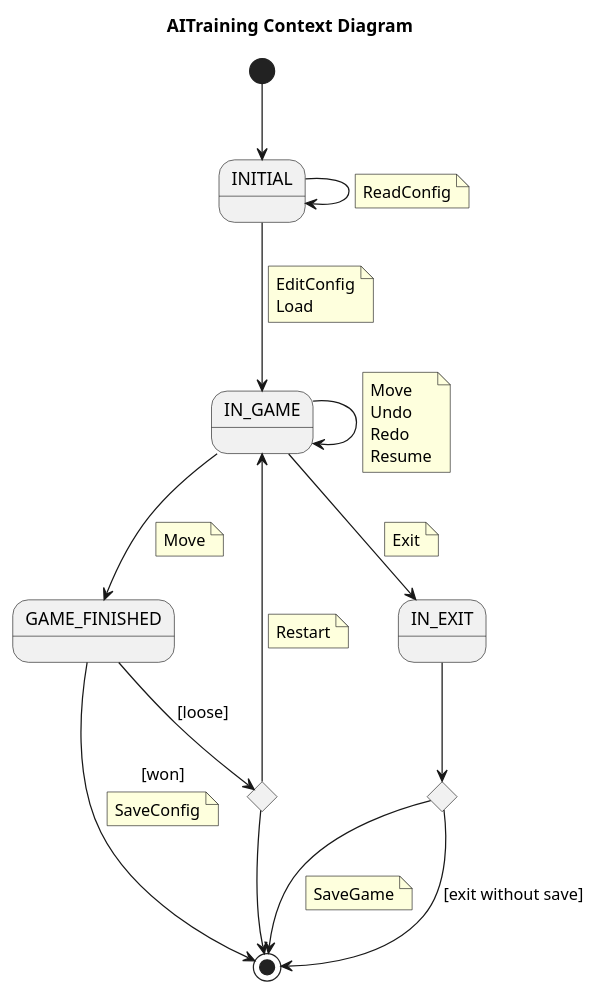
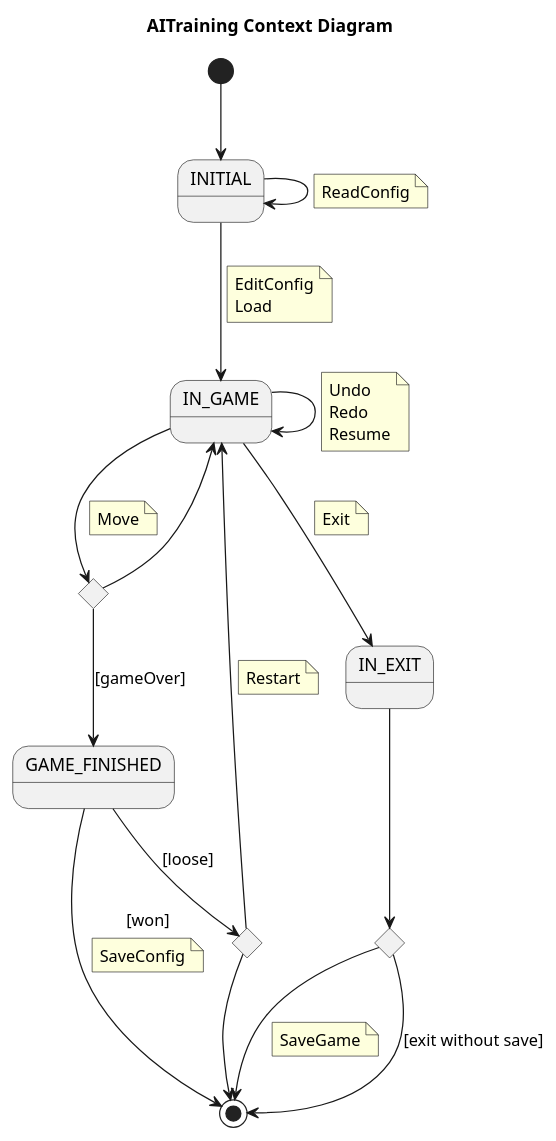
Before and after one commit to Master-Desarrollo-20-21/patrones-diseno---practica-final---juego-de-las-damas-fraylopez: the diagram in docs/src/use-cases/context/ai-training-context.plantuml, drawn with PlantUML. The commit also changed 3 other files, not shown here.

```diff
--- a/docs/src/use-cases/context/ai-training-context.plantuml
+++ b/docs/src/use-cases/context/ai-training-context.plantuml
@@ -1,58 +1,64 @@
 @startuml AITrainingContextDiagram
 title AITraining Context Diagram
 state INITIAL
 state IN_GAME
 state GAME_FINISHED
 state IF <<choice>>
 state IF2 <<choice>>
+state IF3 <<choice>>
+' state IF4 <<choice>>
 
 [*] --> INITIAL
 
 INITIAL --> INITIAL
     note on link
         ReadConfig
     end note
 
 INITIAL --> IN_GAME
     note on link
         EditConfig
         Load
     end note
 IN_GAME --> IN_GAME
     note on link
-        Move
         Undo
         Redo
         Resume
     end note
-IN_GAME --> GAME_FINISHED
+
+IN_GAME --> IF3
     note on link
         Move
     end note
+
+IF3 --> IN_GAME
+IF3 --> GAME_FINISHED : [gameOver]
+
 IN_EXIT -->IF
 IF -->[*]
     note on link
         SaveGame
     end note
 
 IF --> [*] : [exit without save]
 
 IN_GAME -->IN_EXIT
     note on link
         Exit
     end note
 
 GAME_FINISHED --> IF2 : [loose]
 
 IF2 --> IN_GAME
     note on link
         Restart
     end note
 
 GAME_FINISHED --> [*] : [won]
     note on link
         SaveConfig
     end note
 IF2 --> [*]
 
 @enduml
```
